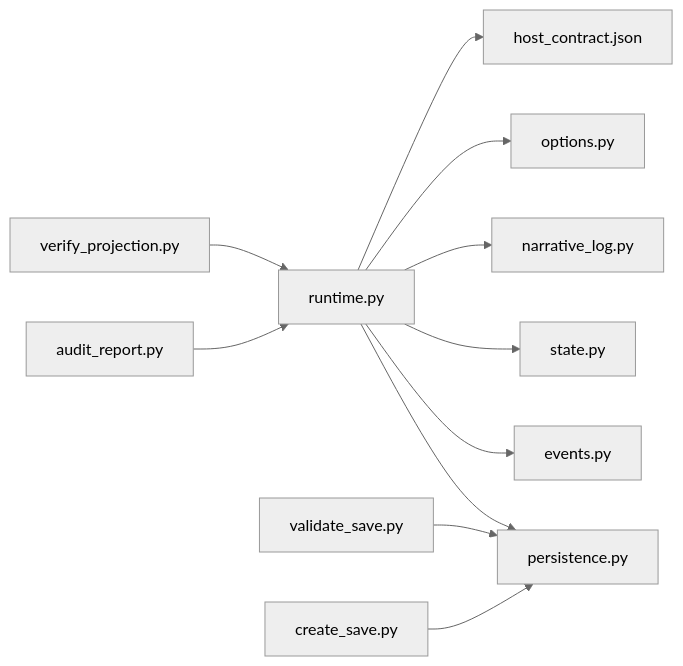
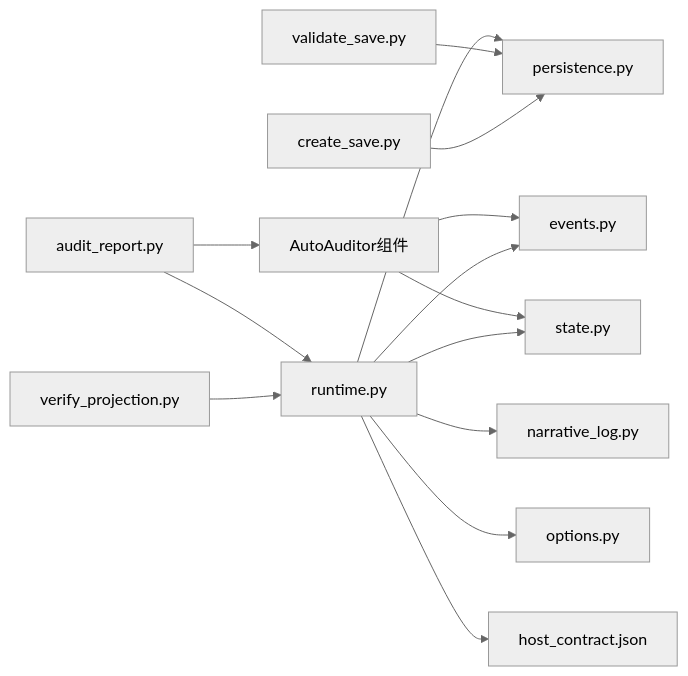
The sixth of 6 diagrams in .qoder/repowiki/zh/content/工具集/审计分析工具.md (Ivandanslespace/thegreatnovel), drawn with Mermaid (neutral theme) before and after one commit. The commit also changed other lines of this file and 72 other files, not shown here.

````diff
--- a/.qoder/repowiki/zh/content/工具集/审计分析工具.md
+++ b/.qoder/repowiki/zh/content/工具集/审计分析工具.md
@@ -293,13 +383,16 @@
 ```mermaid
 graph LR
 AR["audit_report.py"] --> RT["runtime.py"]
+AR --> AA["AutoAuditor组件"]
 VP["verify_projection.py"] --> RT
+AA --> EV["events.py"]
+AA --> ST["state.py"]
 RT --> PS["persistence.py"]
-RT --> EV["events.py"]
-RT --> ST["state.py"]
+RT --> EV
+RT --> ST
 RT --> NL["narrative_log.py"]
 RT --> OP["options.py"]
 RT --> HC["host_contract.json"]
 VS["validate_save.py"] --> PS
 CS["create_save.py"] --> PS
 ```
````
